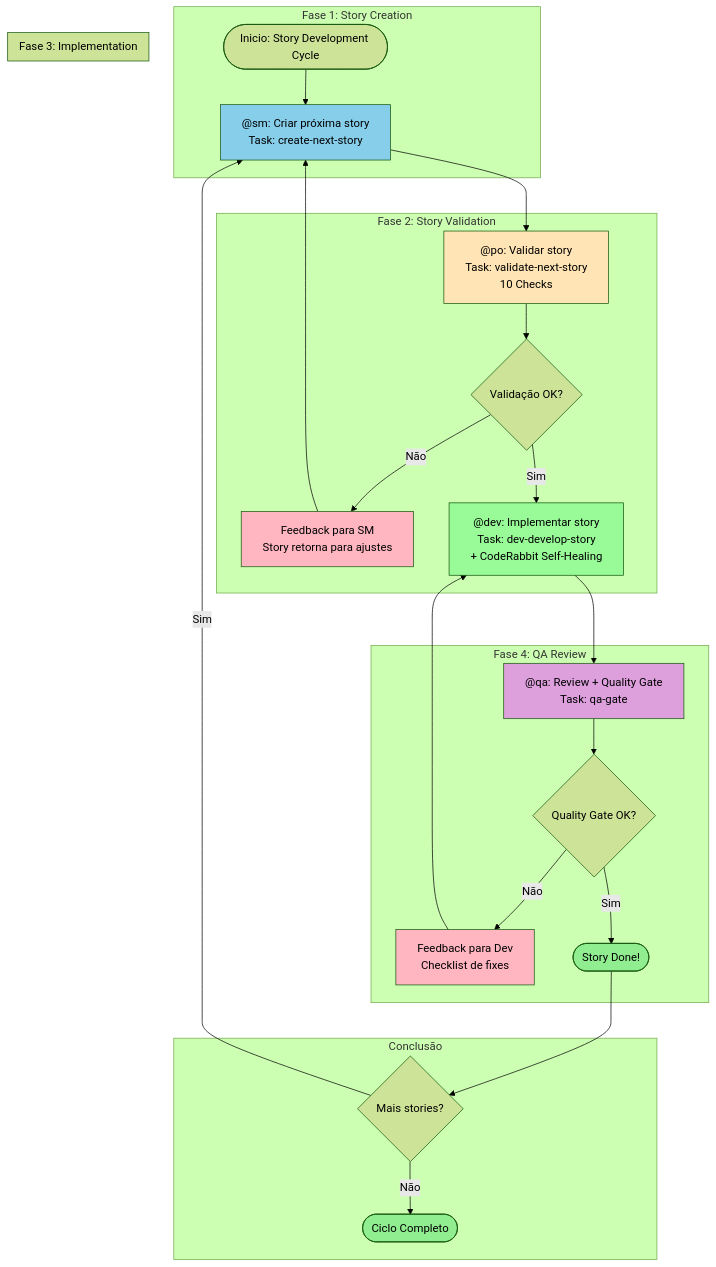
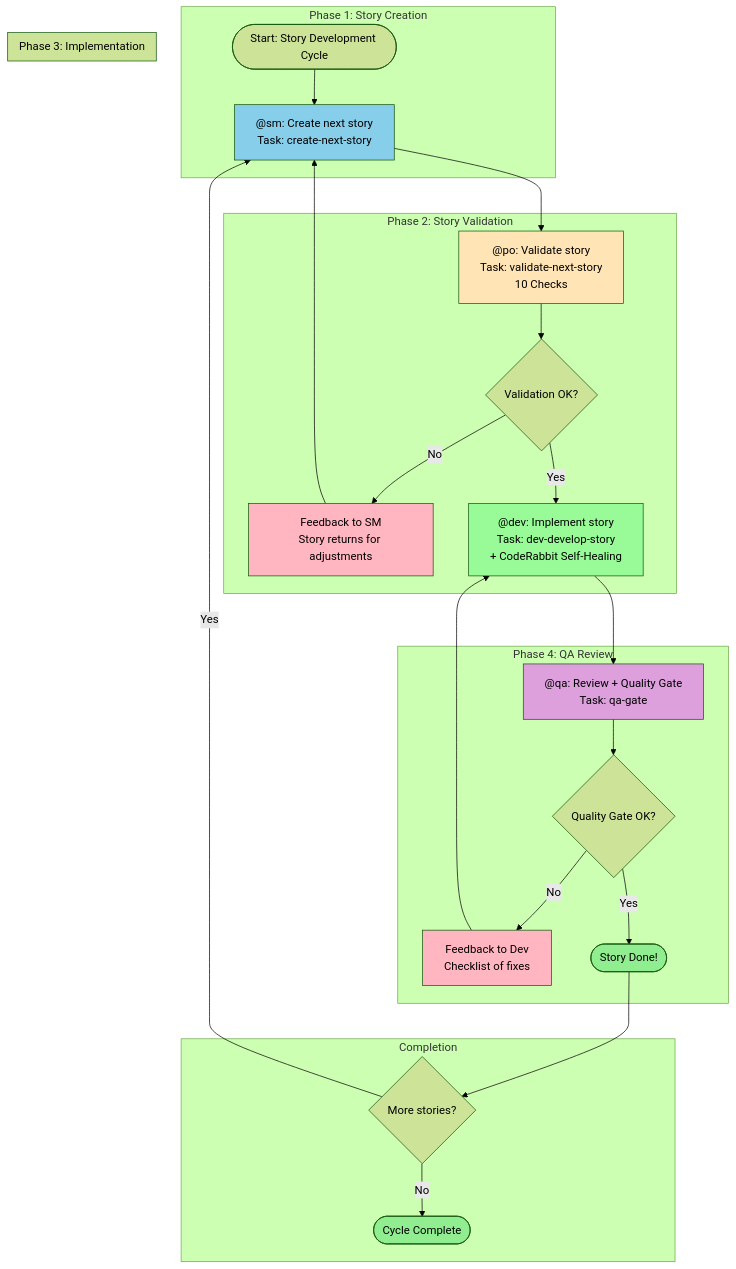
Before and after one commit to CyryxLabs/AEXOS: the first of 7 diagrams in docs/aexos-workflows/story-development-cycle-workflow.md, drawn with Mermaid (forest theme). The commit also changed other lines of this file and 528 other files, not shown here.

````diff
--- a/docs/aexos-workflows/story-development-cycle-workflow.md
+++ b/docs/aexos-workflows/story-development-cycle-workflow.md
@@ -35,43 +35,43 @@
 ```mermaid
 flowchart TD
-    subgraph PHASE_1["Fase 1: Story Creation"]
-        START([Inicio: Story Development Cycle]) --> SM_CREATE
-        SM_CREATE["@sm: Criar próxima story<br/>Task: create-next-story"]
+    subgraph PHASE_1["Phase 1: Story Creation"]
+        START([Start: Story Development Cycle]) --> SM_CREATE
+        SM_CREATE["@sm: Create next story<br/>Task: create-next-story"]
     end
 
-    subgraph PHASE_2["Fase 2: Story Validation"]
-        SM_CREATE --> PO_VALIDATE["@po: Validar story<br/>Task: validate-next-story<br/>10 Checks"]
-        PO_VALIDATE --> VALID_DECISION{Validação OK?}
-        VALID_DECISION -->|Não| FEEDBACK_SM["Feedback para SM<br/>Story retorna para ajustes"]
+    subgraph PHASE_2["Phase 2: Story Validation"]
+        SM_CREATE --> PO_VALIDATE["@po: Validate story<br/>Task: validate-next-story<br/>10 Checks"]
+        PO_VALIDATE --> VALID_DECISION{Validation OK?}
+        VALID_DECISION -->|No| FEEDBACK_SM["Feedback to SM<br/>Story returns for adjustments"]
         FEEDBACK_SM --> SM_CREATE
-        VALID_DECISION -->|Sim| DEV_IMPLEMENT
+        VALID_DECISION -->|Yes| DEV_IMPLEMENT
     end
 
-    subgraph PHASE_3["Fase 3: Implementation"]
-        DEV_IMPLEMENT["@dev: Implementar story<br/>Task: dev-develop-story<br/>+ CodeRabbit Self-Healing"]
+    subgraph PHASE_3["Phase 3: Implementation"]
+        DEV_IMPLEMENT["@dev: Implement story<br/>Task: dev-develop-story<br/>+ CodeRabbit Self-Healing"]
     end
 
-    subgraph PHASE_4["Fase 4: QA Review"]
+    subgraph PHASE_4["Phase 4: QA Review"]
         DEV_IMPLEMENT --> QA_REVIEW["@qa: Review + Quality Gate<br/>Task: qa-gate"]
         QA_REVIEW --> QA_DECISION{Quality Gate OK?}
-        QA_DECISION -->|Não| FEEDBACK_DEV["Feedback para Dev<br/>Checklist de fixes"]
+        QA_DECISION -->|No| FEEDBACK_DEV["Feedback to Dev<br/>Checklist of fixes"]
         FEEDBACK_DEV --> DEV_IMPLEMENT
-        QA_DECISION -->|Sim| STORY_DONE
+        QA_DECISION -->|Yes| STORY_DONE
     end
 
-    subgraph COMPLETION["Conclusão"]
+    subgraph COMPLETION["Completion"]
         STORY_DONE([Story Done!])
-        STORY_DONE --> MORE_STORIES{Mais stories?}
-        MORE_STORIES -->|Sim| SM_CREATE
-        MORE_STORIES -->|Não| CYCLE_COMPLETE([Ciclo Completo])
+        STORY_DONE --> MORE_STORIES{More stories?}
+        MORE_STORIES -->|Yes| SM_CREATE
+        MORE_STORIES -->|No| CYCLE_COMPLETE([Cycle Complete])
     end
 
     style CYCLE_COMPLETE fill:#90EE90
     style STORY_DONE fill:#90EE90
     style SM_CREATE fill:#87CEEB
     style PO_VALIDATE fill:#FFE4B5
     style DEV_IMPLEMENT fill:#98FB98
     style QA_REVIEW fill:#DDA0DD
     style FEEDBACK_SM fill:#FFB6C1
     style FEEDBACK_DEV fill:#FFB6C1
 ```
````
